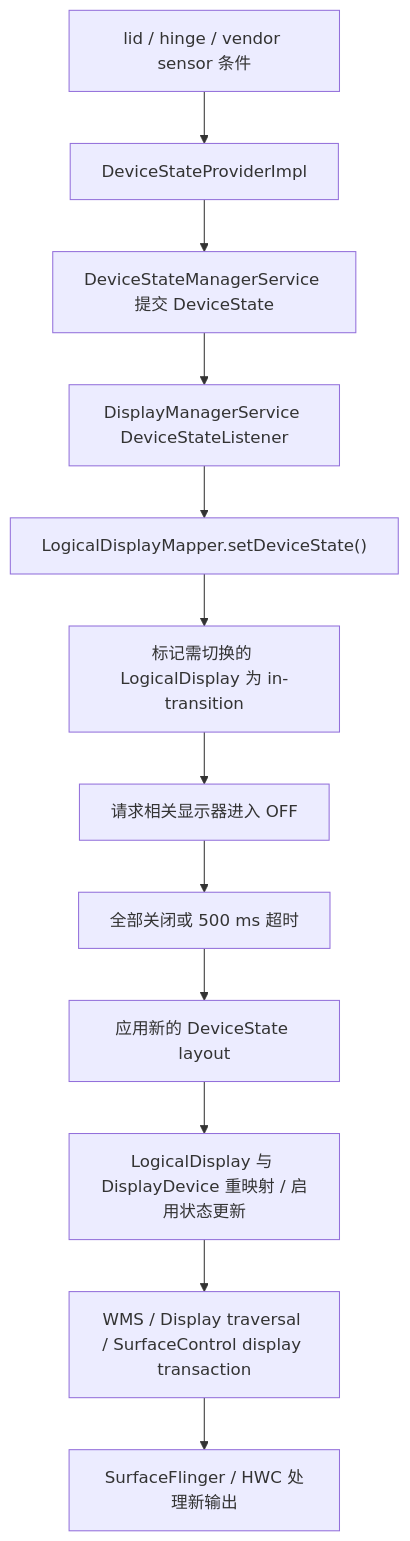
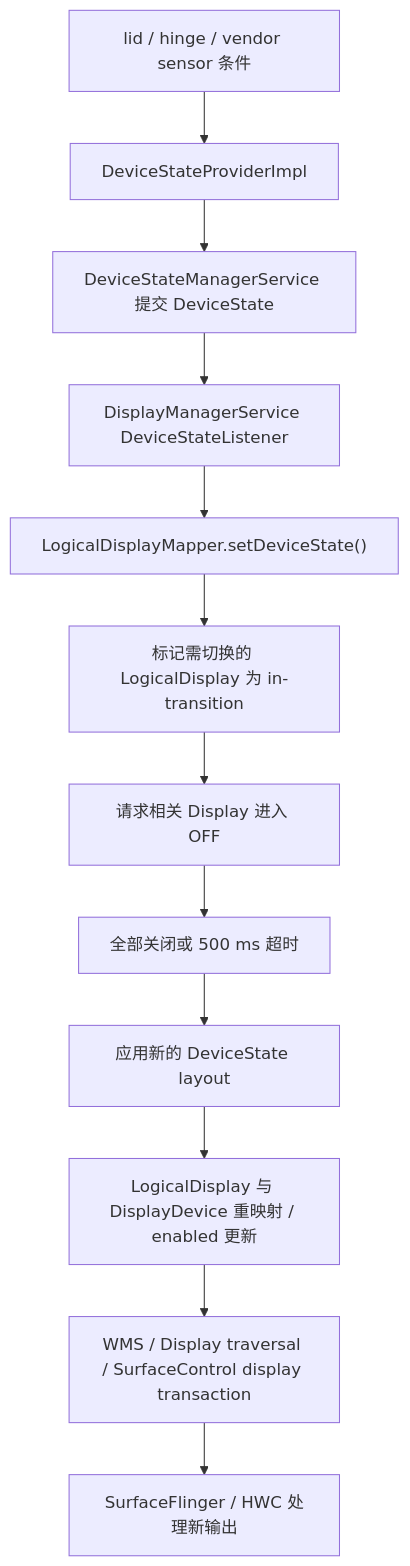
One commit to Gracker/android-internals-wiki changed the diagram in src/part1-fundamentals/ch02-rendering/28-foldable-display-pipeline-performance.md. Above: the diagram before and after it, drawn with Mermaid. The commit also changed other lines of this file and 4 other files, not shown here.

````diff
--- a/src/part1-fundamentals/ch02-rendering/28-foldable-display-pipeline-performance.md
+++ b/src/part1-fundamentals/ch02-rendering/28-foldable-display-pipeline-performance.md
@@ -115,14 +115,14 @@
 ```mermaid
 flowchart TD
     A["lid / hinge / vendor sensor 条件"] --> B["DeviceStateProviderImpl"]
     B --> C["DeviceStateManagerService 提交 DeviceState"]
     C --> D["DisplayManagerService DeviceStateListener"]
     D --> E["LogicalDisplayMapper.setDeviceState()"]
     E --> F["标记需切换的 LogicalDisplay 为 in-transition"]
-    F --> G["请求相关显示器进入 OFF"]
+    F --> G["请求相关 Display 进入 OFF"]
     G --> H["全部关闭或 500 ms 超时"]
     H --> I["应用新的 DeviceState layout"]
-    I --> J["LogicalDisplay 与 DisplayDevice 重映射 / 启用状态更新"]
+    I --> J["LogicalDisplay 与 DisplayDevice 重映射 / enabled 更新"]
     J --> K["WMS / Display traversal / SurfaceControl display transaction"]
     K --> L["SurfaceFlinger / HWC 处理新输出"]
 ```
````
